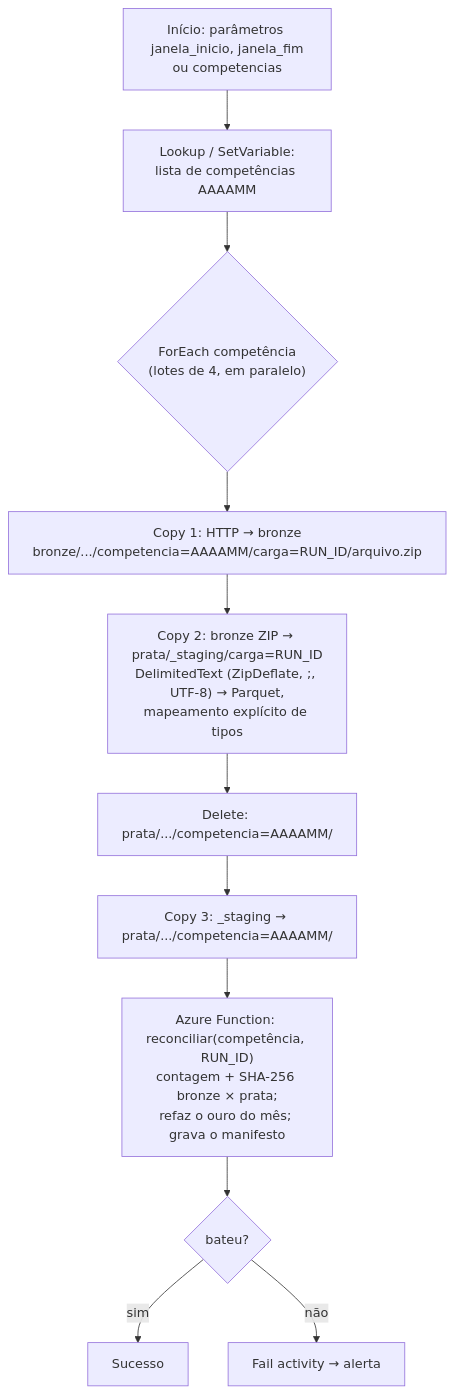
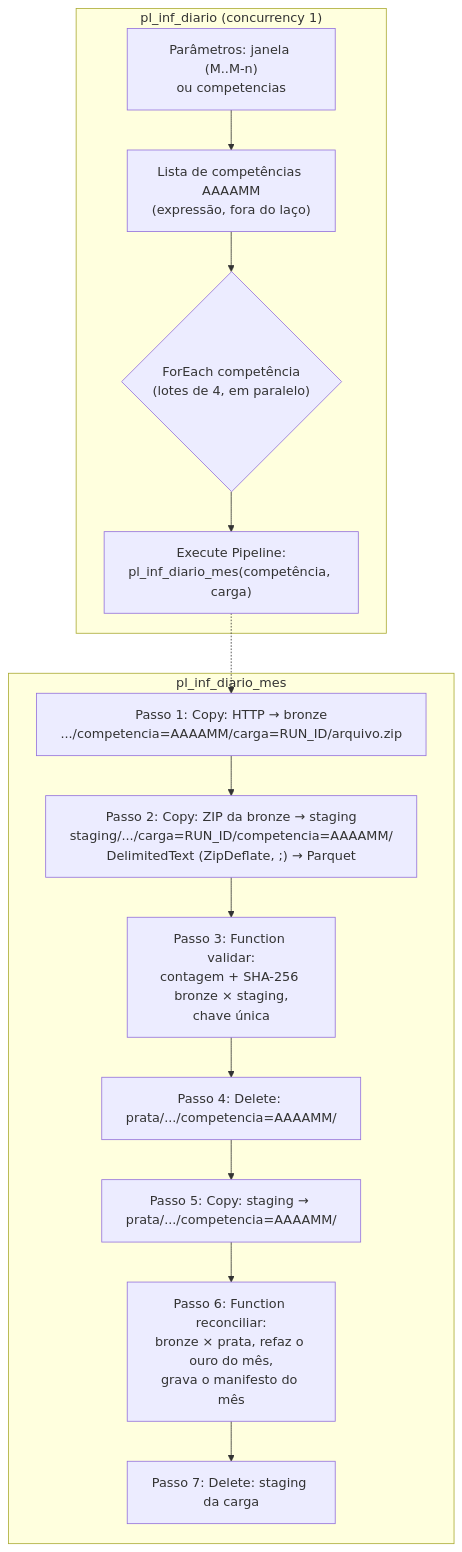
Before and after one commit to alanjoffre/cvm-azure-data-lake: the second of 3 diagrams in docs/arquitetura.md, drawn with Mermaid. The commit also changed other lines of this file and 4 other files, not shown here.

````diff
--- a/docs/arquitetura.md
+++ b/docs/arquitetura.md
@@ -85,13 +92,18 @@
 ```mermaid
 flowchart TB
-    S["Início: parâmetros janela_inicio, janela_fim<br/>ou competencias"] --> L["Lookup / SetVariable:<br/>lista de competências AAAAMM"]
-    L --> F{"ForEach competência<br/>(lotes de 4, em paralelo)"}
-    F --> C1["Copy 1: HTTP → bronze<br/>bronze/.../competencia=AAAAMM/carga=RUN_ID/arquivo.zip"]
-    C1 --> C2["Copy 2: bronze ZIP → prata/_staging/carga=RUN_ID<br/>DelimitedText (ZipDeflate, ;, UTF-8) → Parquet,<br/>mapeamento explícito de tipos"]
-    C2 --> D["Delete: prata/.../competencia=AAAAMM/"]
-    D --> C3["Copy 3: _staging → prata/.../competencia=AAAAMM/"]
-    C3 --> FX["Azure Function: reconciliar(competência, RUN_ID)<br/>contagem + SHA-256 bronze × prata;<br/>refaz o ouro do mês; grava o manifesto"]
-    FX --> OK{"bateu?"}
-    OK -- sim --> FIM["Sucesso"]
-    OK -- não --> ERR["Fail activity → alerta"]
+    subgraph PAI["pl_inf_diario (concurrency 1)"]
+        S["Parâmetros: janela (M..M-n)<br/>ou competencias"] --> L["Lista de competências AAAAMM<br/>(expressão, fora do laço)"]
+        L --> F{"ForEach competência<br/>(lotes de 4, em paralelo)"}
+        F --> X["Execute Pipeline:<br/>pl_inf_diario_mes(competência, carga)"]
+    end
+    subgraph FILHO["pl_inf_diario_mes"]
+        C1["Passo 1: Copy: HTTP → bronze<br/>.../competencia=AAAAMM/carga=RUN_ID/arquivo.zip"]
+        C1 --> C2["Passo 2: Copy: ZIP da bronze → staging<br/>staging/.../carga=RUN_ID/competencia=AAAAMM/<br/>DelimitedText (ZipDeflate, ;) → Parquet"]
+        C2 --> V["Passo 3: Function validar:<br/>contagem + SHA-256 bronze × staging,<br/>chave única"]
+        V --> D["Passo 4: Delete: prata/.../competencia=AAAAMM/"]
+        D --> C3["Passo 5: Copy: staging → prata/.../competencia=AAAAMM/"]
+        C3 --> R["Passo 6: Function reconciliar:<br/>bronze × prata, refaz o ouro do mês,<br/>grava o manifesto do mês"]
+        R --> DS["Passo 7: Delete: staging da carga"]
+    end
+    X -.-> C1
 ```
````
